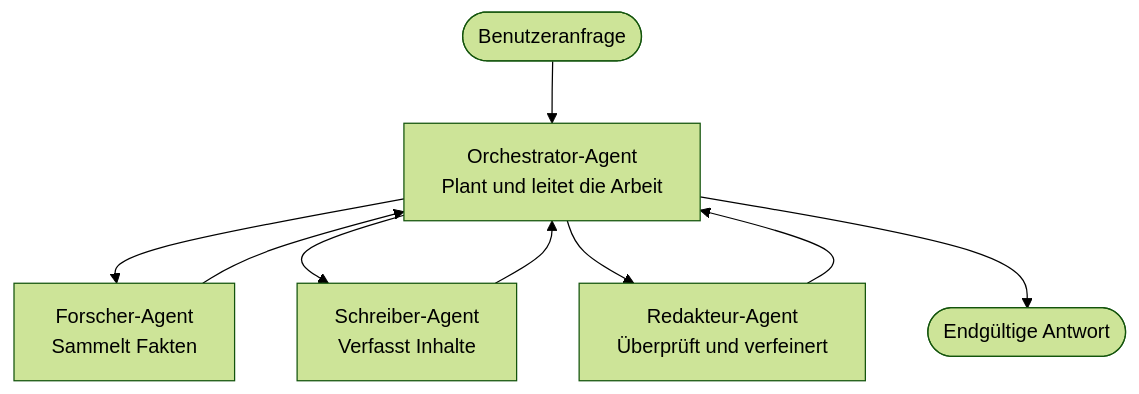
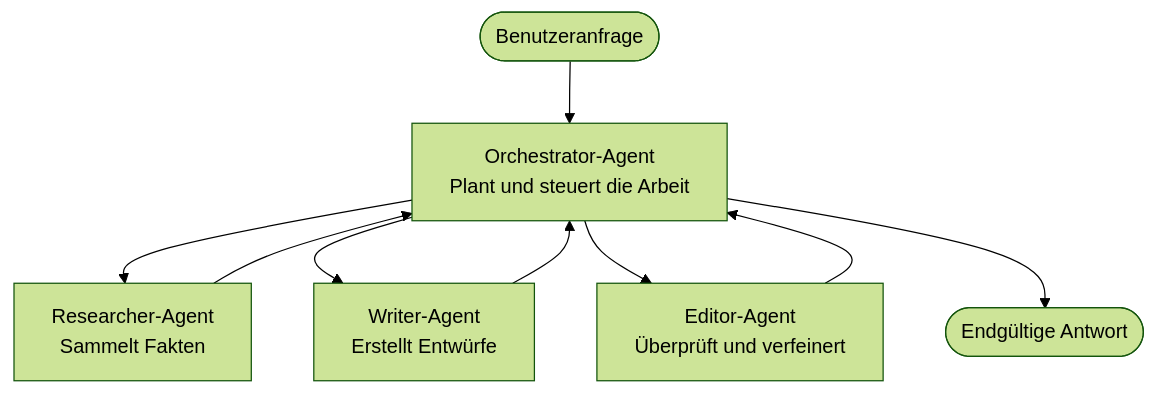
The diagram in translations/de/docs/chapter-05-multi-agent/multi-agent-basics.md (microsoft/AZD-for-beginners), drawn with Mermaid (forest theme) before and after one commit. The commit also changed other lines of this file and 59 other files, not shown here.

````diff
--- a/translations/de/docs/chapter-05-multi-agent/multi-agent-basics.md
+++ b/translations/de/docs/chapter-05-multi-agent/multi-agent-basics.md
@@ -43,11 +43,11 @@
 ```mermaid
 graph TD
-    User([Benutzeranfrage]) --> Orchestrator[Orchestrator-Agent<br/>Plant und leitet die Arbeit]
-    Orchestrator --> Researcher[Forscher-Agent<br/>Sammelt Fakten]
-    Orchestrator --> Writer[Schreiber-Agent<br/>Verfasst Inhalte]
-    Orchestrator --> Editor[Redakteur-Agent<br/>Überprüft und verfeinert]
+    User([Benutzeranfrage]) --> Orchestrator[Orchestrator-Agent<br/>Plant und steuert die Arbeit]
+    Orchestrator --> Researcher[Researcher-Agent<br/>Sammelt Fakten]
+    Orchestrator --> Writer[Writer-Agent<br/>Erstellt Entwürfe]
+    Orchestrator --> Editor[Editor-Agent<br/>Überprüft und verfeinert]
     Researcher --> Orchestrator
     Writer --> Orchestrator
     Editor --> Orchestrator
     Orchestrator --> Result([Endgültige Antwort])
 ```
````
